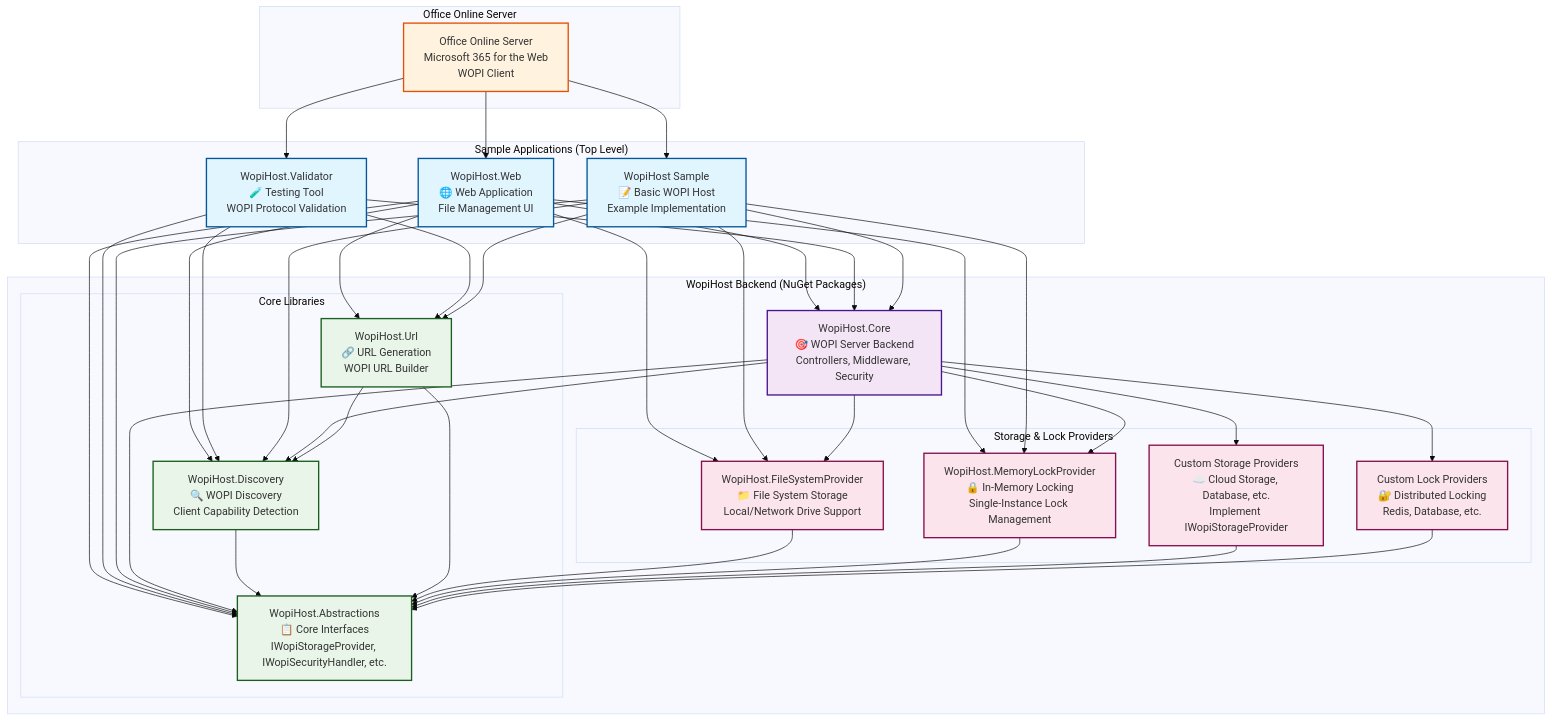
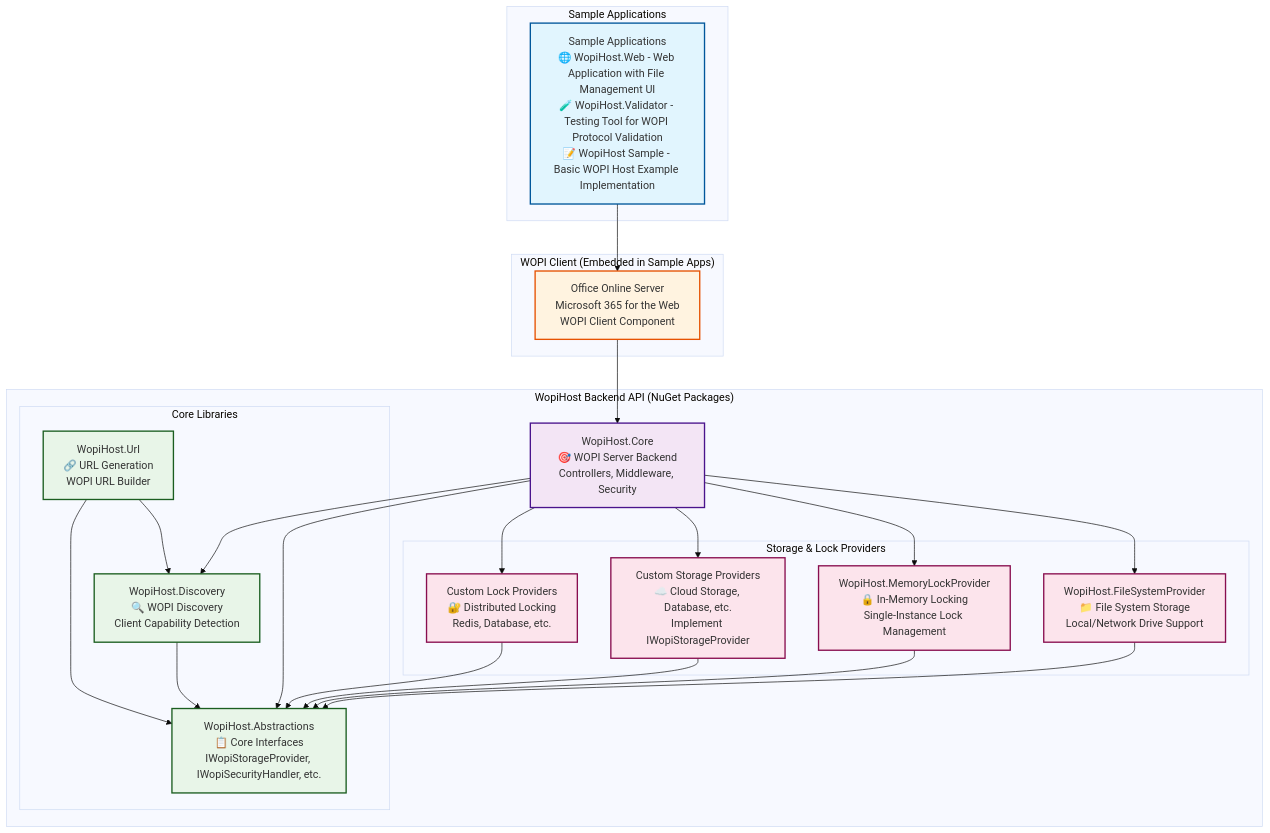
The diagram in README.md (petrsvihlik/WopiHost), drawn with Mermaid (base theme) before and after one commit. The commit also changed other lines of this file, not shown here.

````diff
--- a/README.md
+++ b/README.md
@@ -30,16 +30,14 @@
 ```mermaid
 graph TB
-    subgraph "Sample Applications (Top Level)"
-        Web[WopiHost.Web<br/>🌐 Web Application<br/>File Management UI]
-        Validator[WopiHost.Validator<br/>🧪 Testing Tool<br/>WOPI Protocol Validation]
-        Sample[WopiHost Sample<br/>📝 Basic WOPI Host<br/>Example Implementation]
+    subgraph "Sample Applications"
+        SampleApps[Sample Applications<br/>🌐 WopiHost.Web - Web Application with File Management UI<br/>🧪 WopiHost.Validator - Testing Tool for WOPI Protocol Validation<br/>📝 WopiHost Sample - Basic WOPI Host Example Implementation]
     end
     
-    subgraph "Office Online Server"
-        OOS[Office Online Server<br/>Microsoft 365 for the Web<br/>WOPI Client]
+    subgraph "WOPI Client (Embedded in Sample Apps)"
+        OOS[Office Online Server<br/>Microsoft 365 for the Web<br/>WOPI Client Component]
     end
     
-    subgraph "WopiHost Backend (NuGet Packages)"
+    subgraph "WopiHost Backend API (NuGet Packages)"
         Core[WopiHost.Core<br/>🎯 WOPI Server Backend<br/>Controllers, Middleware, Security]
         
         subgraph "Core Libraries"
@@ -56,30 +54,11 @@
         end
     end
     
-    %% Sample apps use WopiHost packages
-    Web --> Core
-    Web --> Abstractions
-    Web --> Discovery
-    Web --> Url
-    Web --> FileSystem
-    Web --> MemoryLock
+    %% Sample apps embed WOPI client
+    SampleApps --> OOS
     
-    Validator --> Core
-    Validator --> Abstractions
-    Validator --> Discovery
-    Validator --> Url
-    
-    Sample --> Core
-    Sample --> Abstractions
-    Sample --> Discovery
-    Sample --> Url
-    Sample --> FileSystem
-    Sample --> MemoryLock
-    
-    %% WOPI Client communicates with sample apps
-    OOS --> Web
-    OOS --> Validator
-    OOS --> Sample
+    %% WOPI client depends on WopiHost backend
+    OOS --> Core
     
     %% Core dependencies
     Core --> Abstractions
@@ -109,7 +88,7 @@
     classDef libraryModule fill:#e8f5e8,stroke:#1b5e20,stroke-width:2px
     classDef providerModule fill:#fce4ec,stroke:#880e4f,stroke-width:2px
     
-    class Web,Validator,Sample sampleApp
+    class SampleApps sampleApp
     class OOS wopiClient
     class Core coreModule
     class Abstractions,Discovery,Url libraryModule
````
